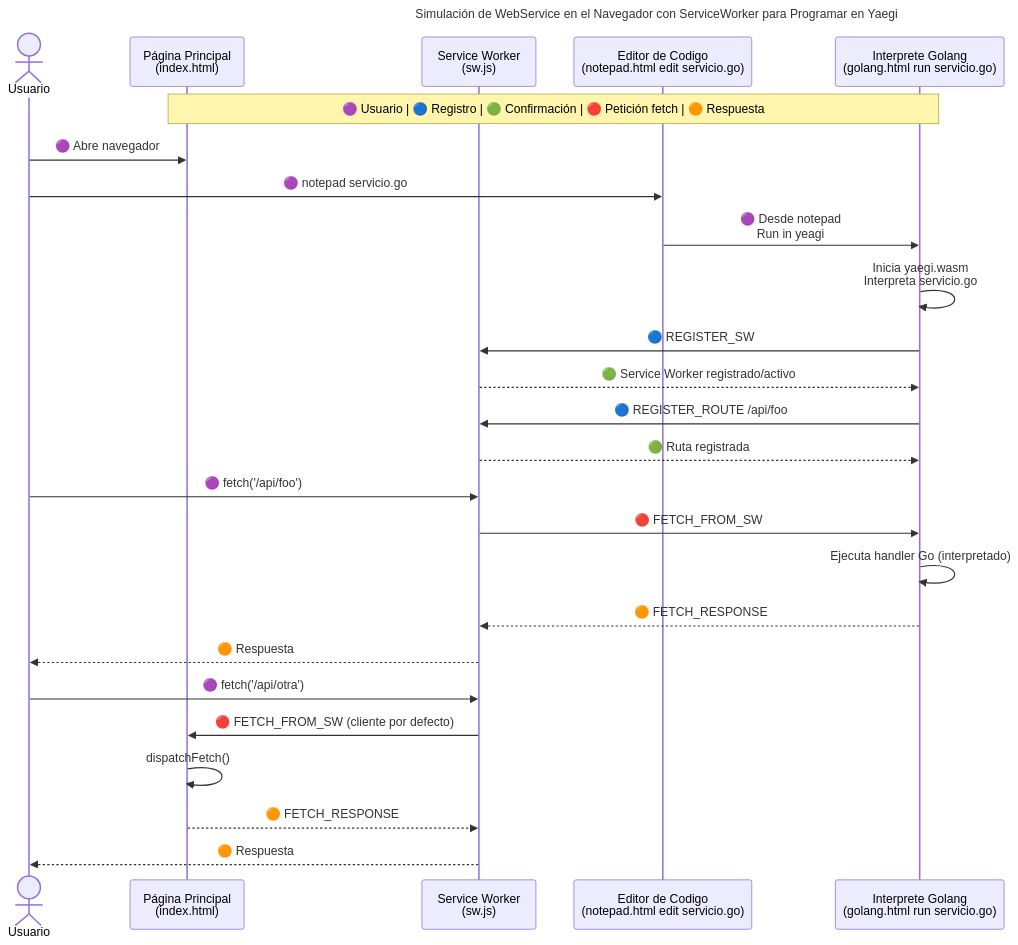
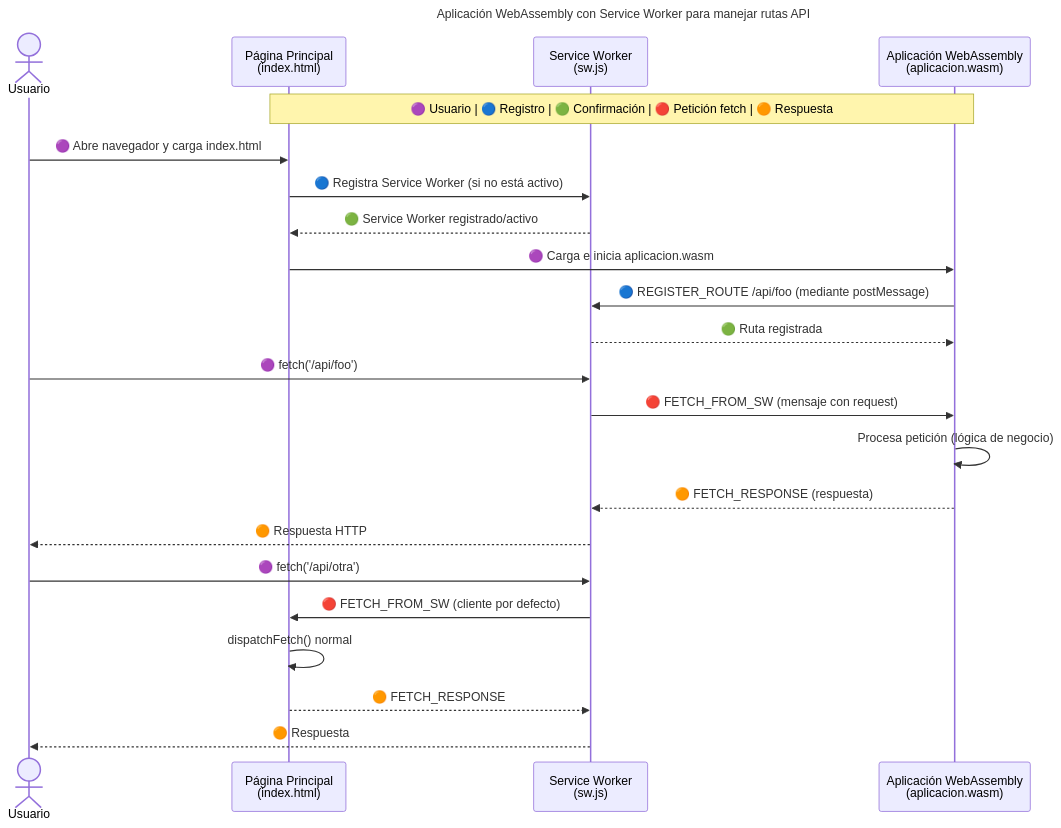
Before and after one commit to IngenieroRicardo/SDK: the diagram in ejemplos/web assembly/HTTP.md, drawn with Mermaid.

Commit message:
Update sequence diagram for WebAssembly application

````diff
--- a/ejemplos/web assembly/HTTP.md
+++ b/ejemplos/web assembly/HTTP.md
@@ -2,35 +2,30 @@
 ```mermaid
 sequenceDiagram
-    title Simulación de WebService en el Navegador con ServiceWorker para Programar en Yaegi
+    title Aplicación WebAssembly con Service Worker para manejar rutas API
 
     actor Usuario
     participant Main as Página Principal<br/>(index.html)
     participant SW as Service Worker<br/>(sw.js)
-    participant Notepad as Editor de Codigo<br/>(notepad.html edit servicio.go)
-    participant Golang as Interprete Golang<br/>(golang.html run servicio.go)
+    participant WASM as Aplicación WebAssembly<br/>(aplicacion.wasm)
 
-    Note over Main,Golang: 🟣 Usuario | 🔵 Registro | 🟢 Confirmación | 🔴 Petición fetch | 🟠 Respuesta
+    Note over Main,WASM: 🟣 Usuario | 🔵 Registro | 🟢 Confirmación | 🔴 Petición fetch | 🟠 Respuesta
 
-    Usuario->>Main: 🟣 Abre navegador
-
-    Usuario->>Notepad: 🟣 notepad servicio.go
-    Notepad->>Golang: 🟣 Desde notepad<br/>Run in yeagi
-    Golang->>Golang: Inicia yaegi.wasm<br/>Interpreta servicio.go
-    Golang->>SW: 🔵 REGISTER_SW
-    SW-->>Golang: 🟢 Service Worker registrado/activo
-    Golang->>SW: 🔵 REGISTER_ROUTE /api/foo
-    SW-->>Golang: 🟢 Ruta registrada
+    Usuario->>Main: 🟣 Abre navegador y carga index.html
+    Main->>SW: 🔵 Registra Service Worker (si no está activo)
+    SW-->>Main: 🟢 Service Worker registrado/activo
+    Main->>WASM: 🟣 Carga e inicia aplicacion.wasm
+    WASM->>SW: 🔵 REGISTER_ROUTE /api/foo (mediante postMessage)
+    SW-->>WASM: 🟢 Ruta registrada
 
     Usuario->>SW: 🟣 fetch('/api/foo')
-    SW->>Golang: 🔴 FETCH_FROM_SW
-    Golang->>Golang: Ejecuta handler Go (interpretado)
-    Golang-->>SW: 🟠 FETCH_RESPONSE
-    SW-->>Usuario: 🟠 Respuesta
+    SW->>WASM: 🔴 FETCH_FROM_SW (mensaje con request)
+    WASM->>WASM: Procesa petición (lógica de negocio)
+    WASM-->>SW: 🟠 FETCH_RESPONSE (respuesta)
+    SW-->>Usuario: 🟠 Respuesta HTTP
 
     Usuario->>SW: 🟣 fetch('/api/otra')
     SW->>Main: 🔴 FETCH_FROM_SW (cliente por defecto)
-    Main->>Main: dispatchFetch()
+    Main->>Main: dispatchFetch() normal
     Main-->>SW: 🟠 FETCH_RESPONSE
     SW-->>Usuario: 🟠 Respuesta
-
 ```
````
